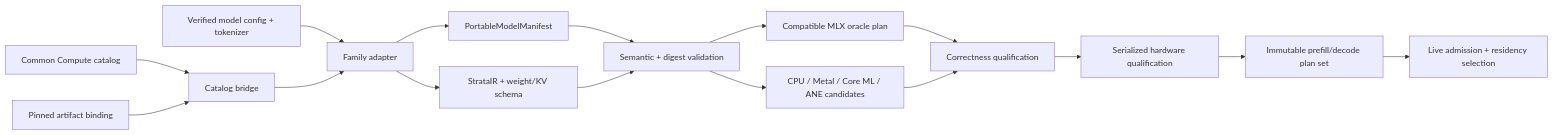
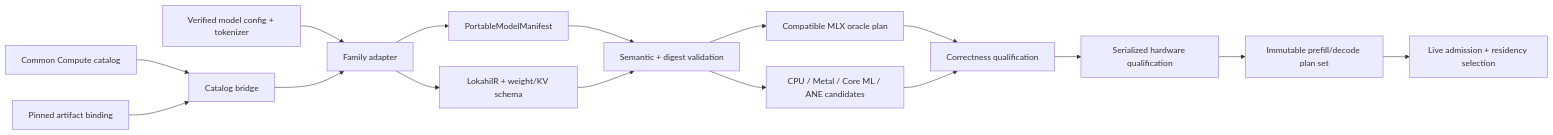
The diagram in docs/MODEL_ADAPTIVE_ARCHITECTURE.md (Ikaikaalika/strata), drawn with Mermaid before and after one commit. The commit also changed other lines of this file and 199 other files, not shown here.

First line of the commit message:
Rename Strata to Lokahi and ollm package to lokahi

````diff
--- a/docs/MODEL_ADAPTIVE_ARCHITECTURE.md
+++ b/docs/MODEL_ADAPTIVE_ARCHITECTURE.md
@@ -103,18 +103,18 @@
 ```mermaid
 flowchart LR
     CAT["Common Compute catalog"] --> JOIN["Catalog bridge"]
     PIN["Pinned artifact binding"] --> JOIN
     CFG["Verified model config + tokenizer"] --> IMPORT["Family adapter"]
     JOIN --> IMPORT
     IMPORT --> MAN["PortableModelManifest"]
-    IMPORT --> GRAPH["StrataIR + weight/KV schema"]
+    IMPORT --> GRAPH["LokahiIR + weight/KV schema"]
     MAN --> VALIDATE["Semantic + digest validation"]
     GRAPH --> VALIDATE
     VALIDATE --> BASE["Compatible MLX oracle plan"]
     VALIDATE --> CAND["CPU / Metal / Core ML / ANE candidates"]
     BASE --> QUAL["Correctness qualification"]
     CAND --> QUAL
     QUAL --> HW["Serialized hardware qualification"]
     HW --> PLANS["Immutable prefill/decode plan set"]
     PLANS --> ADMIT["Live admission + residency selection"]
 ```
````
